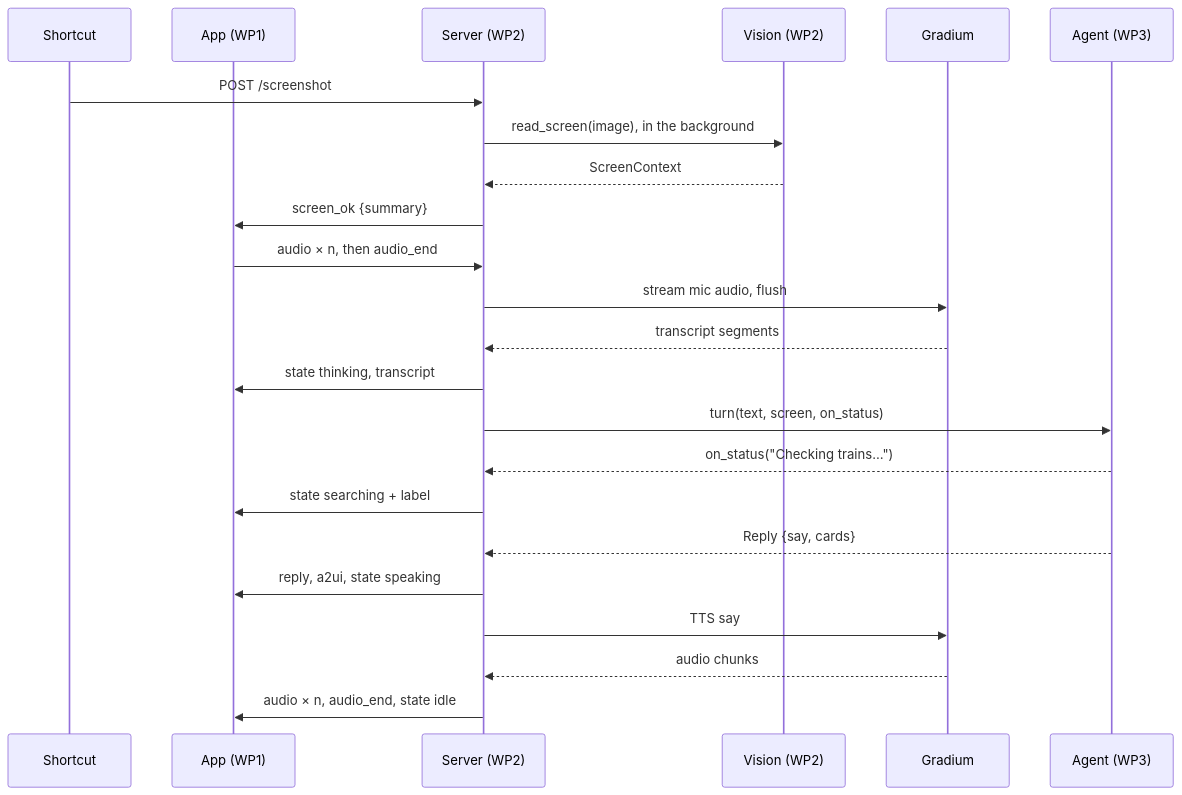
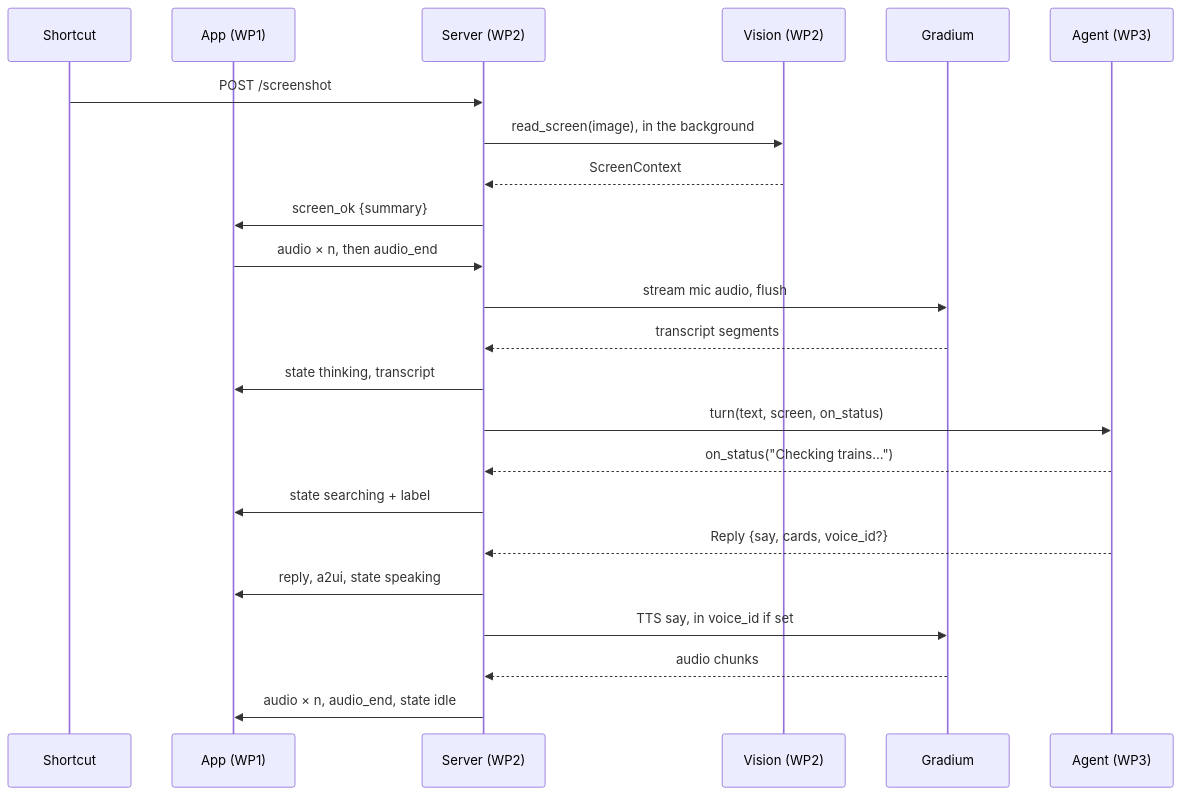
The diagram in docs/contracts.md (Orb-agent/micro-intent), drawn with Mermaid before and after one commit. The commit also changed other lines of this file, not shown here.

First line of the commit message:
docs(contracts): design_voice tool, respond mood and Gradium Voice Design

````diff
--- a/docs/contracts.md
+++ b/docs/contracts.md
@@ -30,25 +30,25 @@
 ```mermaid
 sequenceDiagram
   participant SC as Shortcut
   participant App as App (WP1)
   participant S as Server (WP2)
   participant V as Vision (WP2)
   participant G as Gradium
   participant A as Agent (WP3)
   SC->>S: POST /screenshot
   S->>V: read_screen(image), in the background
   V-->>S: ScreenContext
   S->>App: screen_ok {summary}
   App->>S: audio × n, then audio_end
   S->>G: stream mic audio, flush
   G-->>S: transcript segments
   S->>App: state thinking, transcript
   S->>A: turn(text, screen, on_status)
   A-->>S: on_status("Checking trains…")
   S->>App: state searching + label
-  A-->>S: Reply {say, cards}
+  A-->>S: Reply {say, cards, voice_id?}
   S->>App: reply, a2ui, state speaking
-  S->>G: TTS say
+  S->>G: TTS say, in voice_id if set
   G-->>S: audio chunks
   S->>App: audio × n, audio_end, state idle
 ```
````
